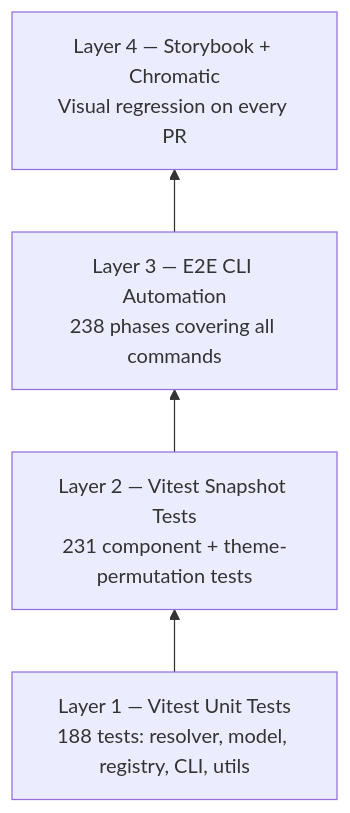
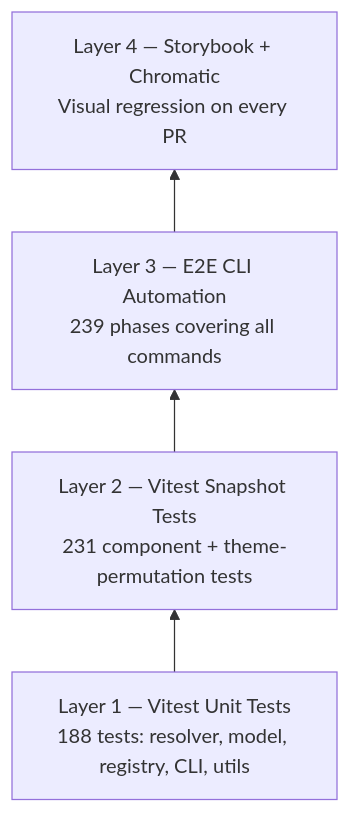
Before and after one commit to Naveen2070/project_crucible: diagram 12 of 13 in ARCHITECTURE.md, drawn with Mermaid. The commit also changed other lines of this file and 9 other files, not shown here.

````diff
--- a/ARCHITECTURE.md
+++ b/ARCHITECTURE.md
@@ -1267,8 +1282,8 @@
 ```mermaid
 graph BT
     L1["Layer 1 — Vitest Unit Tests<br/>188 tests: resolver, model, registry, CLI, utils"]
     L2["Layer 2 — Vitest Snapshot Tests<br/>231 component + theme-permutation tests"]
-    L3["Layer 3 — E2E CLI Automation<br/>238 phases covering all commands"]
+    L3["Layer 3 — E2E CLI Automation<br/>239 phases covering all commands"]
     L4["Layer 4 — Storybook + Chromatic<br/>Visual regression on every PR"]
     L1 --> L2 --> L3 --> L4
 ```
````
